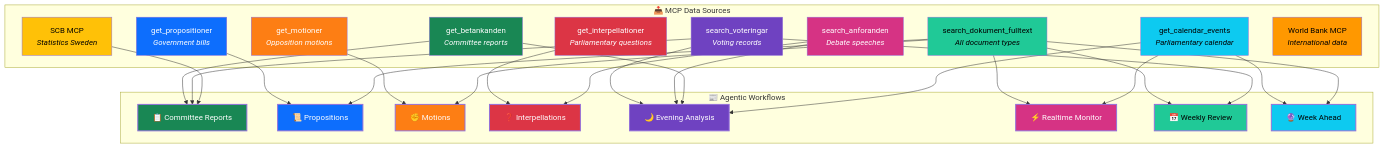
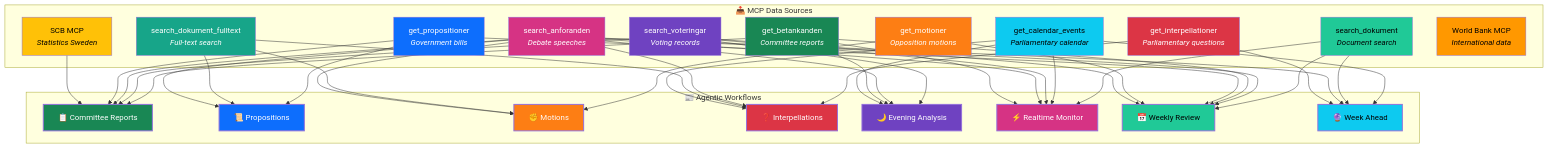
One commit to Hack23/riksdagsmonitor changed diagram 11 of 13 in WORKFLOWS.md. Above: the diagram before and after it, drawn with Mermaid. The commit also changed other lines of this file and 2 other files, not shown here.

Commit message:
Fix review round 4: realign threat prompt assessment sections, fix significance scoring range (1-10), split MCP diagram into search_dokument vs search_dokument_fulltext, add missing workflow→tool edges
Agent-Logs-Url: https://github.com/Hack23/riksdagsmonitor/sessions/caea87cd-9e7d-4251-b41f-aa9659414f5a

````diff
--- a/WORKFLOWS.md
+++ b/WORKFLOWS.md
@@ -761,65 +761,82 @@
 ```mermaid
 graph TB
     subgraph "📥 MCP Data Sources"
         BET["get_betankanden<br/><i>Committee reports</i>"]
         PROP["get_propositioner<br/><i>Government bills</i>"]
         MOT["get_motioner<br/><i>Opposition motions</i>"]
         INTERP["get_interpellationer<br/><i>Parliamentary questions</i>"]
         VOTE["search_voteringar<br/><i>Voting records</i>"]
         ANF["search_anforanden<br/><i>Debate speeches</i>"]
-        DOK["search_dokument_fulltext<br/><i>All document types</i>"]
+        DOK["search_dokument<br/><i>Document search</i>"]
+        DOKFT["search_dokument_fulltext<br/><i>Full-text search</i>"]
         CAL["get_calendar_events<br/><i>Parliamentary calendar</i>"]
         SCB["SCB MCP<br/><i>Statistics Sweden</i>"]
         WB["World Bank MCP<br/><i>International data</i>"]
     end
 
     subgraph "📰 Agentic Workflows"
         WF_CR["📋 Committee Reports"]
         WF_PR["📜 Propositions"]
         WF_MO["✊ Motions"]
         WF_IP["❓ Interpellations"]
         WF_EV["🌙 Evening Analysis"]
         WF_RT["⚡ Realtime Monitor"]
         WF_WR["📅 Weekly Review"]
         WF_WA["🔮 Week Ahead"]
     end
 
     BET --> WF_CR
     VOTE --> WF_CR
+    ANF --> WF_CR
+    PROP --> WF_CR
     SCB --> WF_CR
     PROP --> WF_PR
-    DOK --> WF_PR
+    DOKFT --> WF_PR
+    ANF --> WF_PR
     MOT --> WF_MO
-    DOK --> WF_MO
+    DOKFT --> WF_MO
+    ANF --> WF_MO
     INTERP --> WF_IP
     ANF --> WF_IP
+    DOKFT --> WF_IP
+    CAL --> WF_IP
     VOTE --> WF_EV
     ANF --> WF_EV
     BET --> WF_EV
     CAL --> WF_EV
     DOK --> WF_RT
     CAL --> WF_RT
+    VOTE --> WF_RT
+    ANF --> WF_RT
+    BET --> WF_RT
     DOK --> WF_WR
+    ANF --> WF_WR
+    BET --> WF_WR
+    PROP --> WF_WR
+    MOT --> WF_WR
     VOTE --> WF_WR
     CAL --> WF_WA
     DOK --> WF_WA
+    ANF --> WF_WA
+    INTERP --> WF_WA
 
     style BET fill:#198754,color:#fff
     style PROP fill:#0d6efd,color:#fff
     style MOT fill:#fd7e14,color:#fff
     style INTERP fill:#dc3545,color:#fff
     style VOTE fill:#6f42c1,color:#fff
     style ANF fill:#d63384,color:#fff
     style DOK fill:#20c997,color:#000
+    style DOKFT fill:#17a589,color:#fff
     style CAL fill:#0dcaf0,color:#000
     style SCB fill:#ffc107,color:#000
     style WB fill:#ff9800,color:#000
     style WF_CR fill:#198754,color:#fff,stroke-width:2px
     style WF_PR fill:#0d6efd,color:#fff,stroke-width:2px
     style WF_MO fill:#fd7e14,color:#fff,stroke-width:2px
     style WF_IP fill:#dc3545,color:#fff,stroke-width:2px
     style WF_EV fill:#6f42c1,color:#fff,stroke-width:2px
     style WF_RT fill:#d63384,color:#fff,stroke-width:2px
     style WF_WR fill:#20c997,color:#000,stroke-width:2px
     style WF_WA fill:#0dcaf0,color:#000,stroke-width:2px
 ```
````
